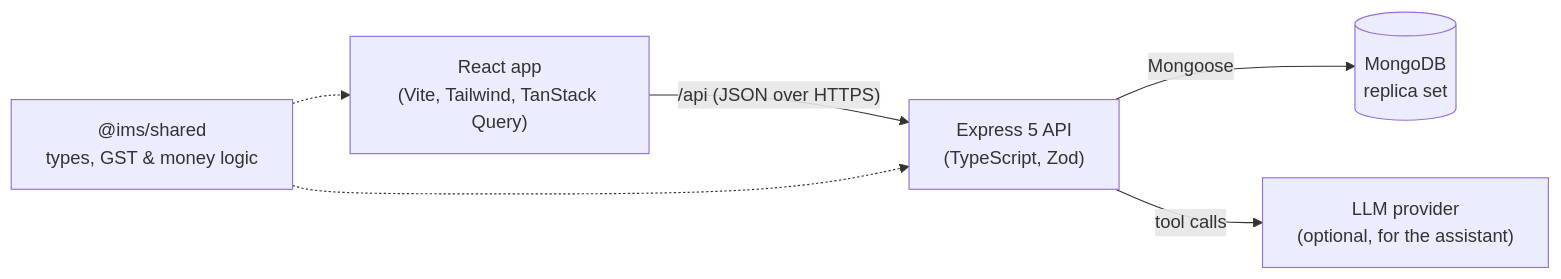
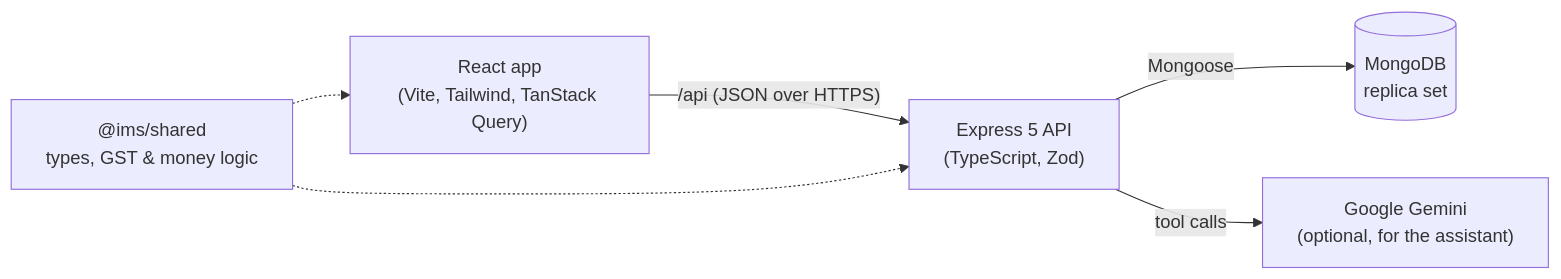
One commit to NICTOGEN007/inventorymanagement changed the first of 2 diagrams in docs/PLAN.md. Above: the diagram before and after it, drawn with Mermaid. The commit also changed other lines of this file, not shown here.

````diff
--- a/docs/PLAN.md
+++ b/docs/PLAN.md
@@ -55,8 +55,8 @@
 ```mermaid
 flowchart LR
   Browser["React app<br/>(Vite, Tailwind, TanStack Query)"] -- "/api (JSON over HTTPS)" --> API["Express 5 API<br/>(TypeScript, Zod)"]
   API -- Mongoose --> DB[("MongoDB<br/>replica set")]
-  API -- "tool calls" --> LLM["LLM provider<br/>(optional, for the assistant)"]
+  API -- "tool calls" --> LLM["Google Gemini<br/>(optional, for the assistant)"]
   Shared["@ims/shared<br/>types, GST & money logic"] -.-> Browser
   Shared -.-> API
 ```
````
